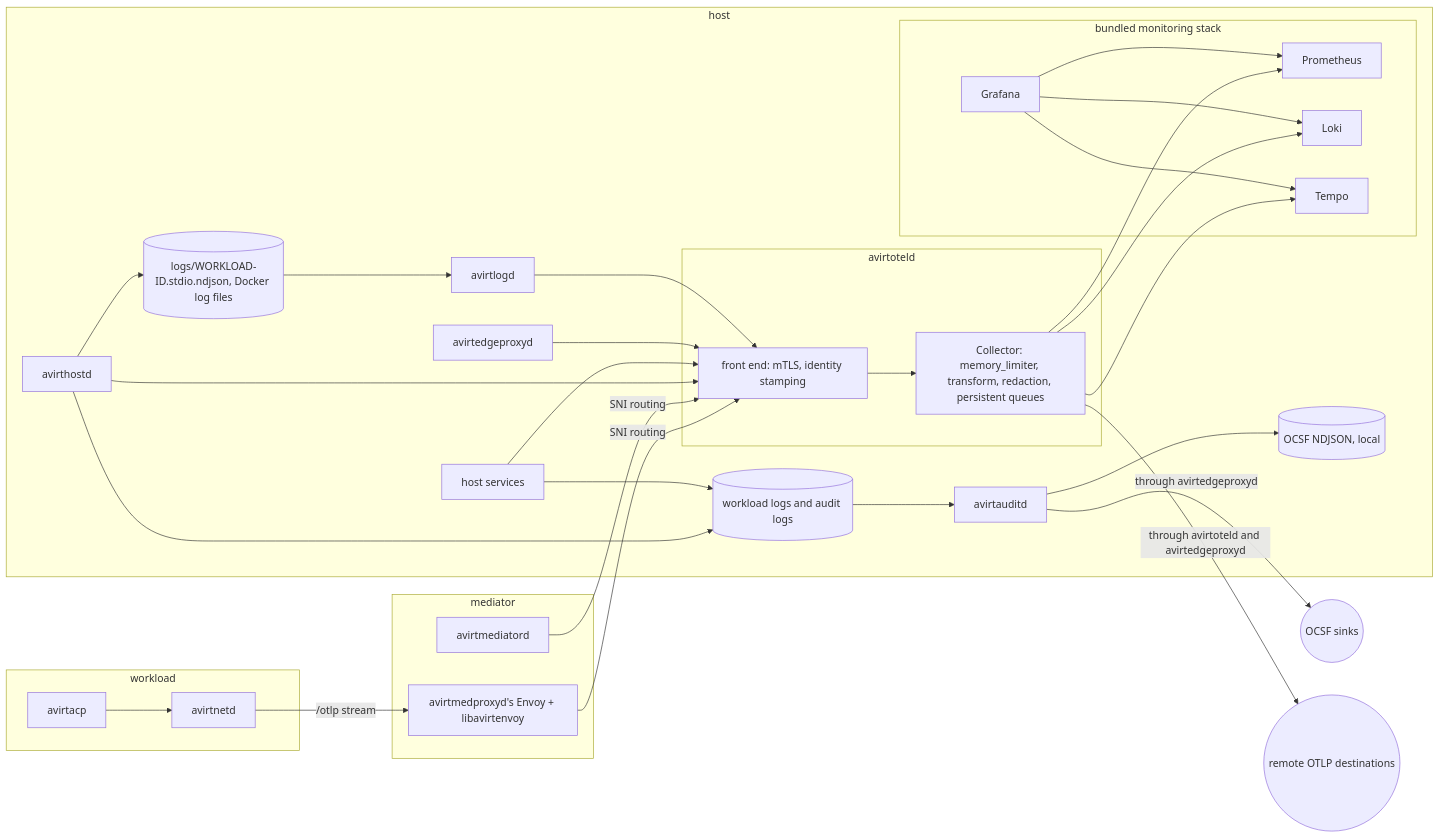
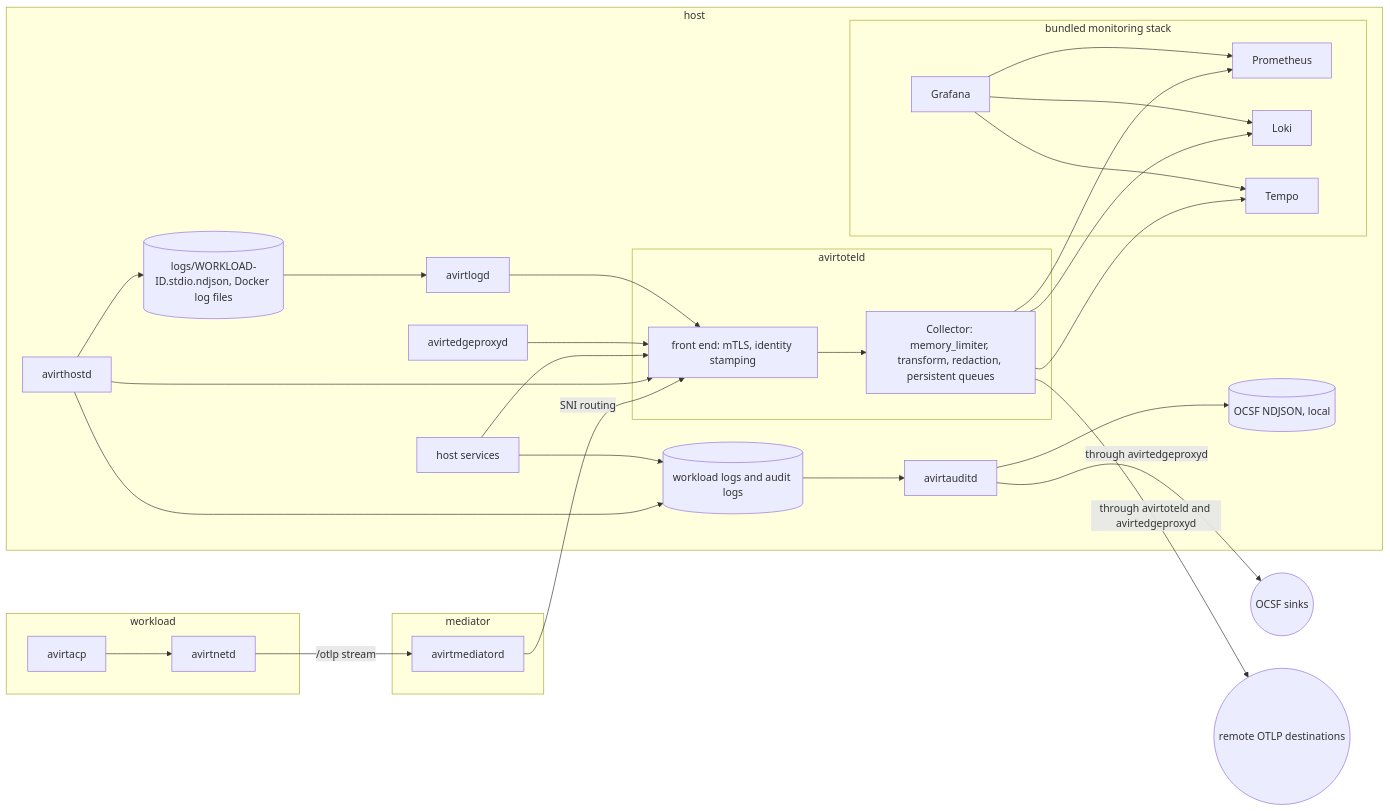
One commit to tbhb-dev/avirt changed the second of 2 diagrams in docs/observability.md. Above: the diagram before and after it, drawn with Mermaid. The commit also changed other lines of this file and 116 other files, not shown here.

````diff
--- a/docs/observability.md
+++ b/docs/observability.md
@@ -412,53 +404,51 @@
 ```mermaid
 flowchart LR
     subgraph wl["workload"]
         runner["avirtacp"] --> net["avirtnetd"]
     end
     subgraph med["mediator"]
-        me["avirtmedproxyd's Envoy + libavirtenvoy"]
-        md["avirtmediatord"]
+        me["avirtmediatord"]
     end
     subgraph host["host"]
         hostd["avirthostd"]
         daemons["host services"]
         fd["avirtedgeproxyd"]
         files[("logs/WORKLOAD-ID.stdio.ndjson, Docker log files")]
         logd["avirtlogd"]
         journals[("workload logs and audit logs")]
         auditd["avirtauditd"]
         ocsf[("OCSF NDJSON, local")]
         subgraph oteld["avirtoteld"]
             front["front end: mTLS, identity stamping"]
             col["Collector: memory_limiter, transform, redaction, persistent queues"]
             front --> col
         end
         subgraph stack["bundled monitoring stack"]
             prom["Prometheus"]
             loki["Loki"]
             tempo["Tempo"]
             graf["Grafana"]
         end
     end
     sinks(("OCSF sinks"))
     remote(("remote OTLP destinations"))
     net -->|"/otlp stream"| me
     me -->|"SNI routing"| front
-    md -->|"SNI routing"| front
     hostd --> files
     hostd --> journals
     hostd --> front
     daemons --> front
     daemons --> journals
     fd --> front
     files --> logd --> front
     col --> prom
     col --> loki
     col --> tempo
     graf --> prom
     graf --> loki
     graf --> tempo
     col -->|"through avirtoteld and avirtedgeproxyd"| remote
     journals --> auditd
     auditd --> ocsf
     auditd -->|"through avirtedgeproxyd"| sinks
 ```
````
